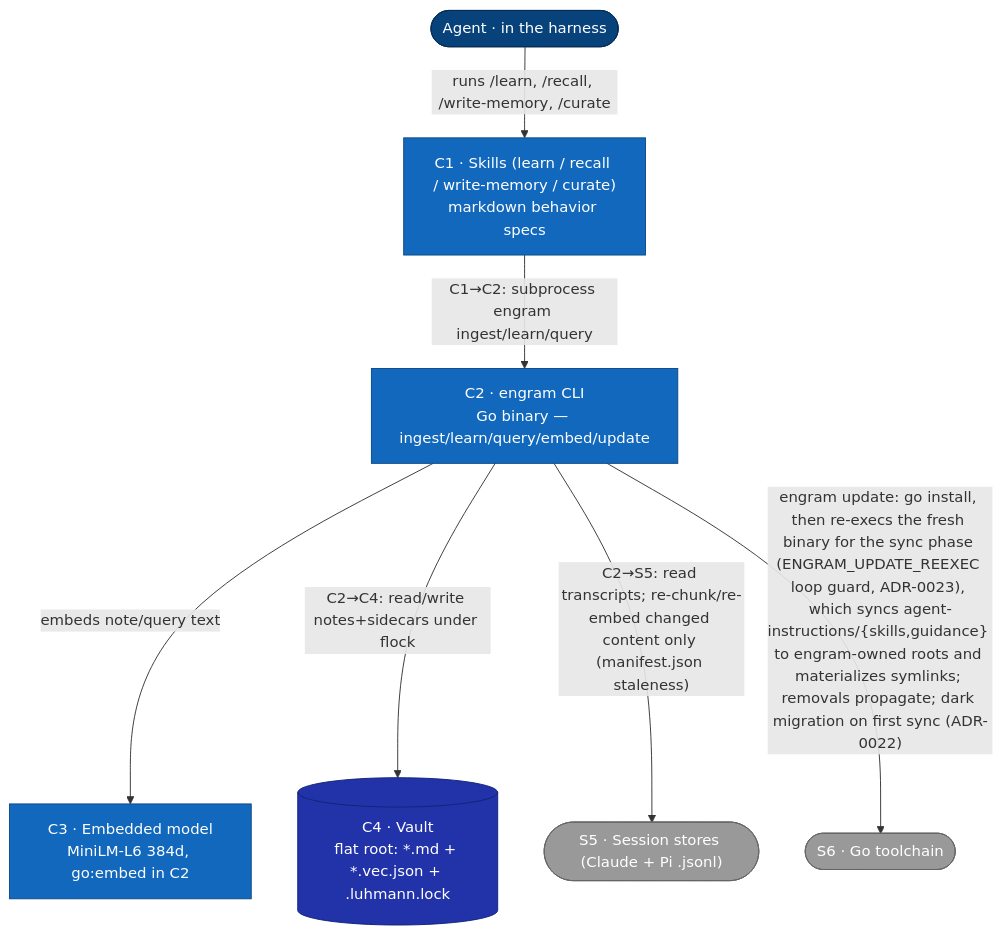
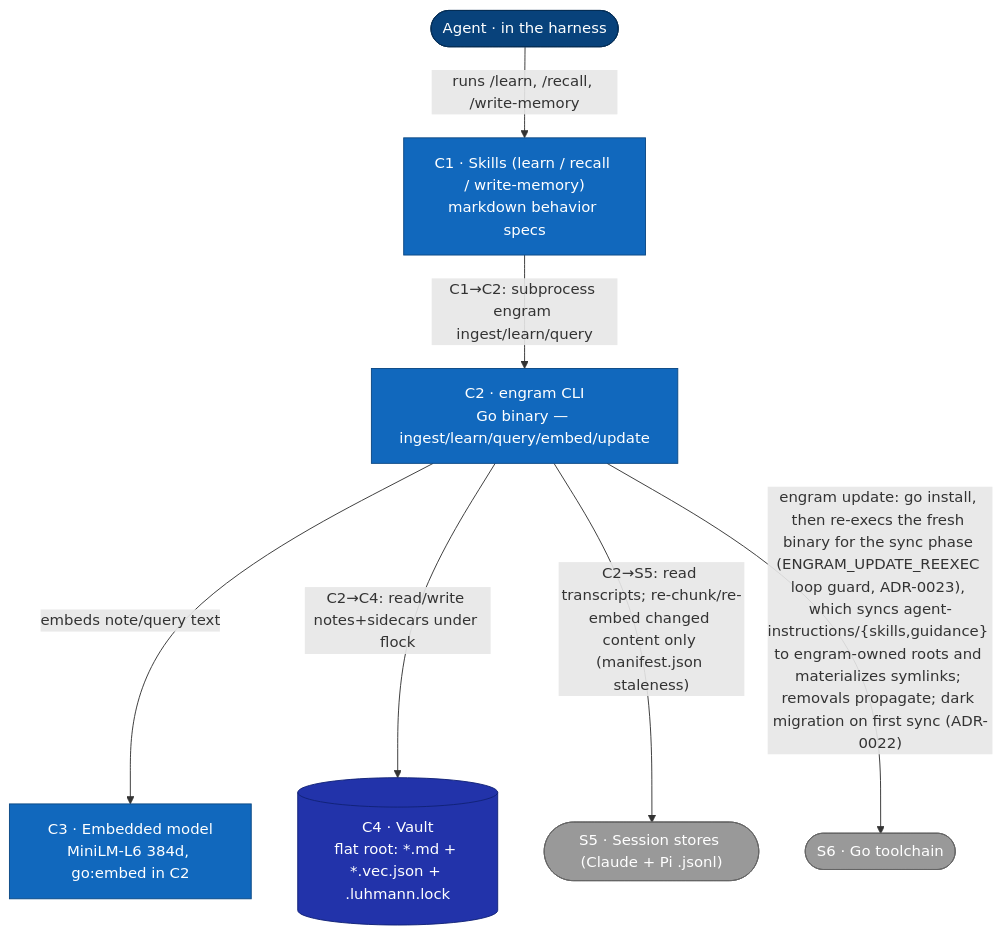
Before and after one commit to toejough/engram: the first of 8 diagrams in docs/architecture/c2-containers.md, drawn with Mermaid. The commit also changed other lines of this file and 7 other files, not shown here.

````diff
--- a/docs/architecture/c2-containers.md
+++ b/docs/architecture/c2-containers.md
@@ -10,27 +10,27 @@
 ```mermaid
 flowchart TB
     classDef person    fill:#08427b,stroke:#052e56,color:#fff
     classDef external  fill:#999,   stroke:#666,   color:#fff
     classDef container fill:#1168bd,stroke:#0b4884,color:#fff
     classDef store     fill:#23a,   stroke:#127,   color:#fff
 
     agent([Agent · in the harness])
-    skills["C1 · Skills (learn / recall / write-memory / curate)<br/>markdown behavior specs"]
+    skills["C1 · Skills (learn / recall / write-memory)<br/>markdown behavior specs"]
     cli["C2 · engram CLI<br/>Go binary — ingest/learn/query/embed/update"]
     model["C3 · Embedded model<br/>MiniLM-L6 384d, go:embed in C2"]
     vault[("C4 · Vault<br/>flat root: *.md + *.vec.json + .luhmann.lock")]
     sessions(["S5 · Session stores (Claude + Pi .jsonl)"])
     gotool(["S6 · Go toolchain"])
 
-    agent -->|"runs /learn, /recall, /write-memory, /curate"| skills
+    agent -->|"runs /learn, /recall, /write-memory"| skills
     skills -->|"C1→C2: subprocess engram ingest/learn/query"| cli
     cli -->|"embeds note/query text"| model
     cli -->|"C2→C4: read/write notes+sidecars under flock"| vault
     cli -->|"C2→S5: read transcripts; re-chunk/re-embed changed content only (manifest.json staleness)"| sessions
     cli -->|"engram update: go install, then re-execs the fresh binary for the sync phase (ENGRAM_UPDATE_REEXEC loop guard, ADR-0023), which syncs agent-instructions/{skills,guidance} to engram-owned roots and materializes symlinks; removals propagate; dark migration on first sync (ADR-0022)"| gotool
 
     class agent person
     class skills,cli,model container
     class vault store
     class sessions,gotool external
 ```
````
